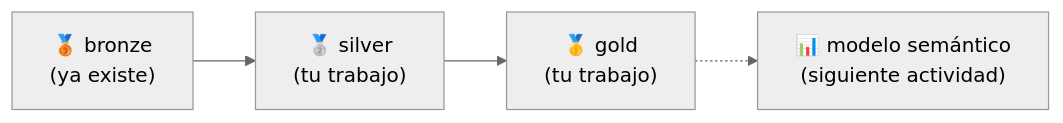
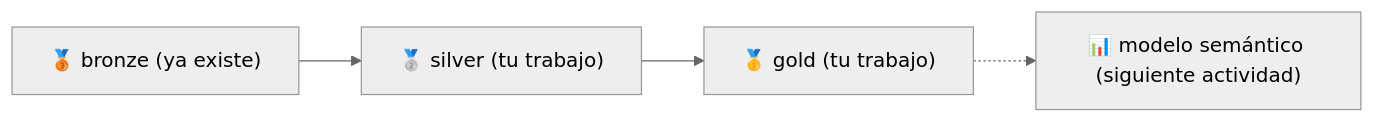
The second of 2 diagrams in README.md (dataeng-dev/Data_Architecture), drawn with Mermaid (neutral theme) before and after one commit. The commit also changed other lines of this file and 1 other file, not shown here.

````diff
--- a/README.md
+++ b/README.md
@@ -331,4 +331,6 @@
 ```mermaid
 flowchart LR
-  B["🥉 bronze<br/>(ya existe)"] --> S["🥈 silver<br/>(tu trabajo)"] --> G["🥇 gold<br/>(tu trabajo)"] -.-> SM["📊 modelo semántico<br/>(siguiente actividad)"]
+  B["🥉 bronze (ya existe)"] --> S["🥈 silver (tu trabajo)"]
+  S --> G["🥇 gold (tu trabajo)"]
+  G -.-> SM["📊 modelo semántico (siguiente actividad)"]
 ```
````
